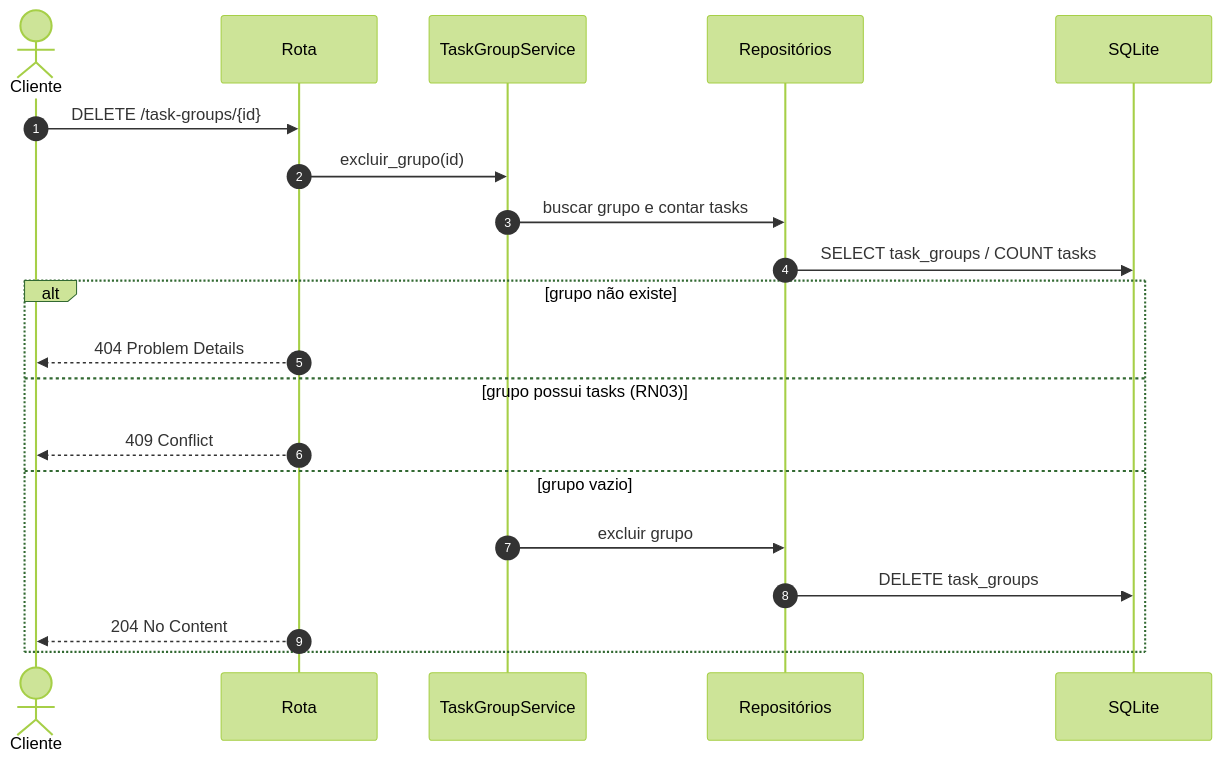
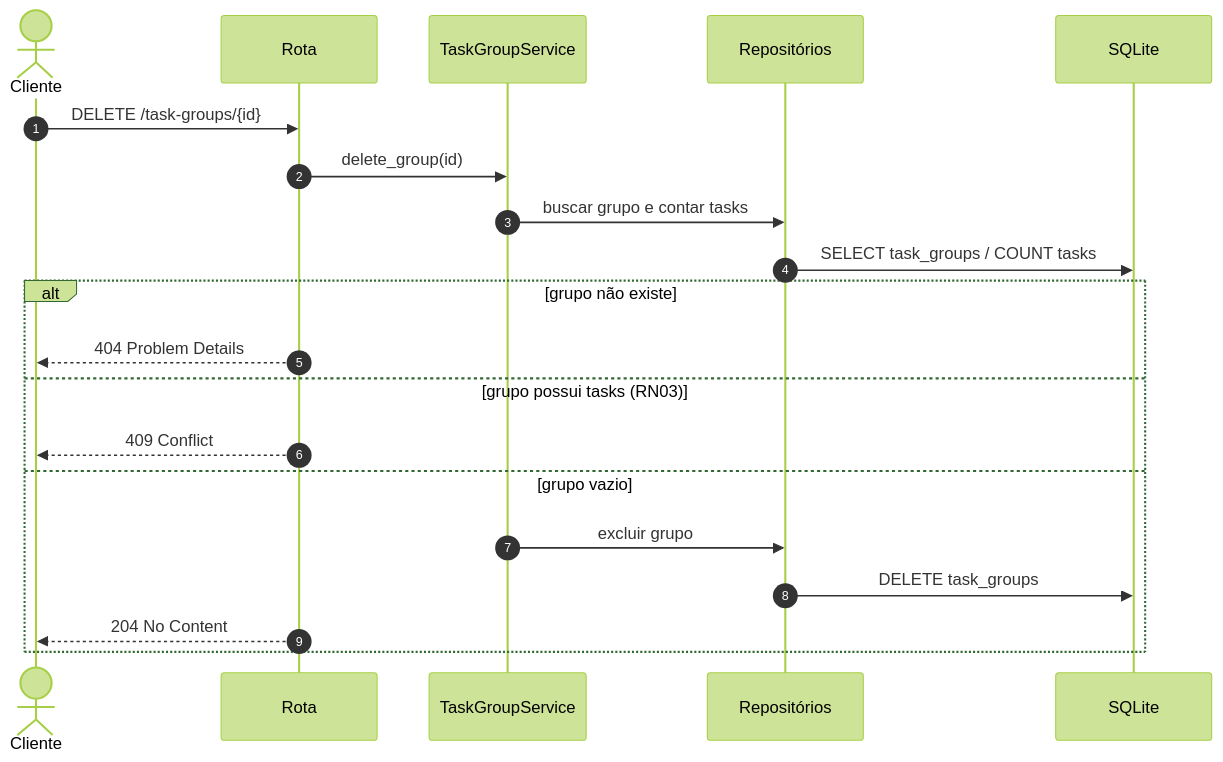
The fifth of 6 diagrams in docs/04-mermaid.md (leandrobecker-home/TasksAPI), drawn with Mermaid (forest theme) before and after one commit. The commit also changed other lines of this file and 3 other files, not shown here.

````diff
--- a/docs/04-mermaid.md
+++ b/docs/04-mermaid.md
@@ -143,23 +143,23 @@
 ```mermaid
 sequenceDiagram
     autonumber
     actor C as Cliente
     participant R as Rota
     participant S as TaskGroupService
     participant REP as Repositórios
     participant DB as SQLite
 
     C->>R: DELETE /task-groups/{id}
-    R->>S: excluir_grupo(id)
+    R->>S: delete_group(id)
     S->>REP: buscar grupo e contar tasks
     REP->>DB: SELECT task_groups / COUNT tasks
     alt grupo não existe
         R-->>C: 404 Problem Details
     else grupo possui tasks (RN03)
         R-->>C: 409 Conflict
     else grupo vazio
         S->>REP: excluir grupo
         REP->>DB: DELETE task_groups
         R-->>C: 204 No Content
     end
 ```
````
